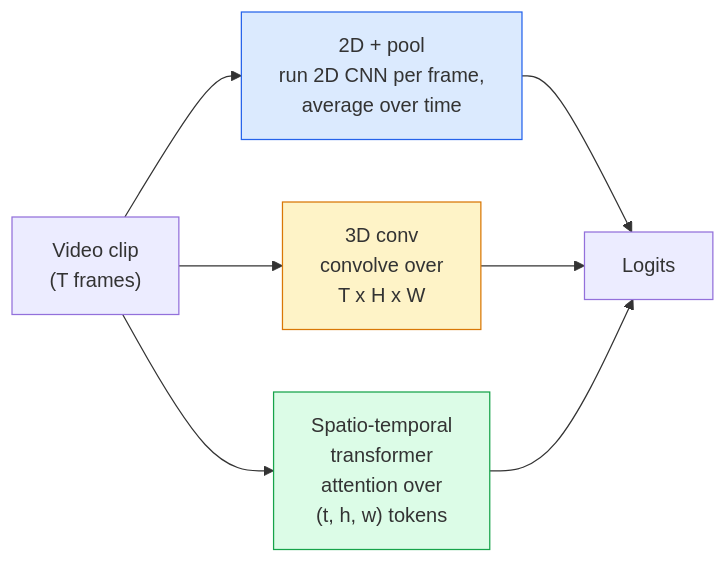
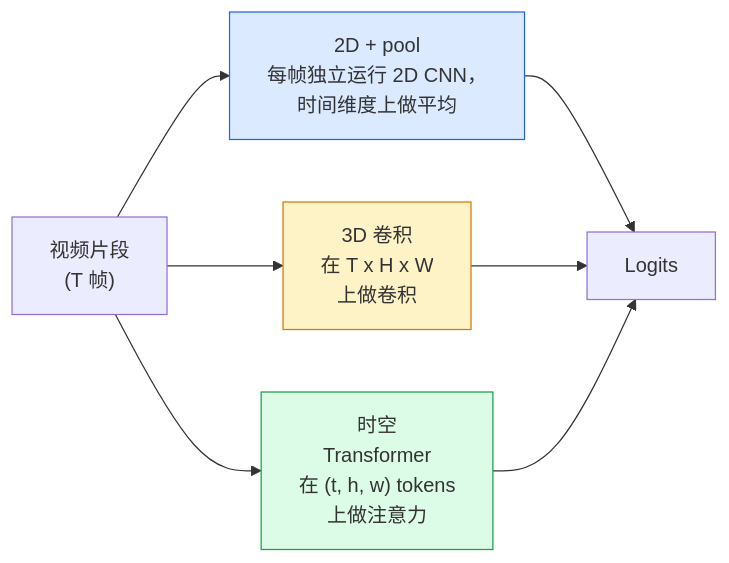
One commit to guangningsun/ailearning changed the diagram in lessons/04-computer-vision/12-video-understanding/docs/zh.md. Above: the diagram before and after it, drawn with Mermaid. The commit also changed other lines of this file and 29 other files, not shown here.

````diff
--- a/lessons/04-computer-vision/12-video-understanding/docs/zh.md
+++ b/lessons/04-computer-vision/12-video-understanding/docs/zh.md
@@ -29,14 +29,14 @@
 ```mermaid
 flowchart LR
-    V["Video clip<br/>(T frames)"] --> A1["2D + pool<br/>run 2D CNN per frame,<br/>average over time"]
-    V --> A2["3D conv<br/>convolve over<br/>T x H x W"]
-    V --> A3["Spatio-temporal<br/>transformer<br/>attention over<br/>(t, h, w) tokens"]
+    V["视频片段<br/>(T 帧)"] --> A1["2D + pool<br/>每帧独立运行 2D CNN，<br/>时间维度上做平均"]
+    V --> A2["3D 卷积<br/>在 T x H x W<br/>上做卷积"]
+    V --> A3["时空<br/>Transformer<br/>在 (t, h, w) tokens<br/>上做注意力"]
 
     A1 --> C["Logits"]
     A2 --> C
     A3 --> C
 
     style A1 fill:#dbeafe,stroke:#2563eb
     style A2 fill:#fef3c7,stroke:#d97706
     style A3 fill:#dcfce7,stroke:#16a34a
 ```
````
